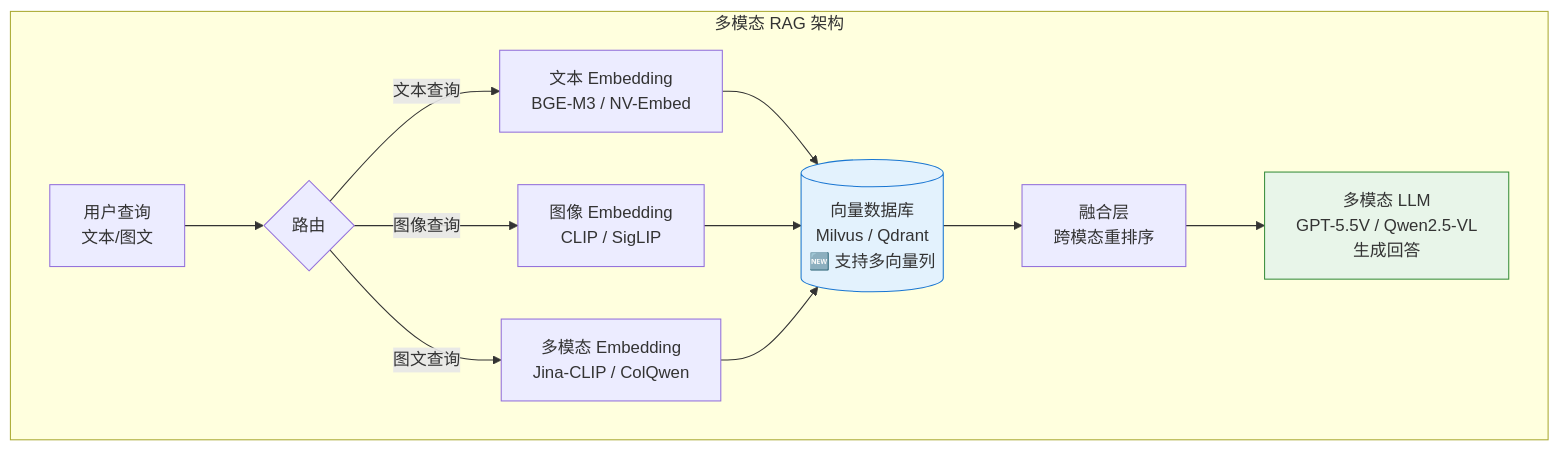
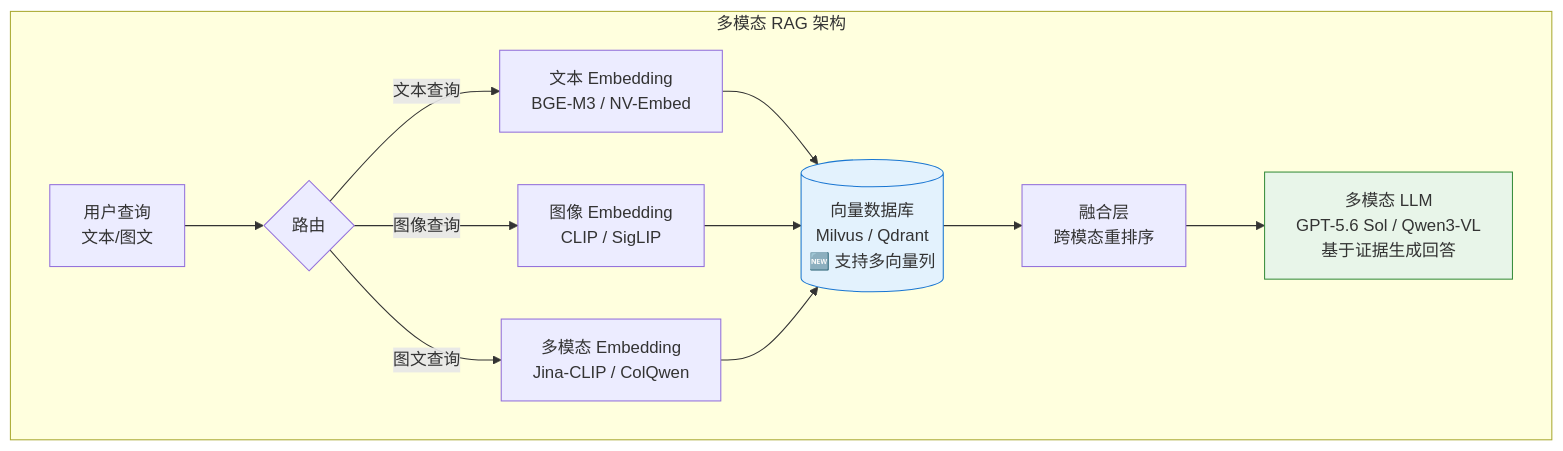
Before and after one commit to BeefWrap4/LLM-Knowledge-Base: diagram 12 of 16 in 14_RAG检索增强生成.md, drawn with Mermaid. The commit also changed other lines of this file and 454 other files, not shown here.

````diff
--- a/14_RAG检索增强生成.md
+++ b/14_RAG检索增强生成.md
@@ -1447,20 +1467,20 @@
 ```mermaid
 graph TB
     subgraph "多模态 RAG 架构"
         Q["用户查询<br/>文本/图文"] --> R{"路由"}
 
         R -->|"文本查询"| TE["文本 Embedding<br/>BGE-M3 / NV-Embed"]
         R -->|"图像查询"| IE["图像 Embedding<br/>CLIP / SigLIP"]
         R -->|"图文查询"| ME["多模态 Embedding<br/>Jina-CLIP / ColQwen"]
 
         TE --> VS[("向量数据库<br/>Milvus / Qdrant<br/>🆕 支持多向量列")]
         IE --> VS
         ME --> VS
 
         VS --> F["融合层<br/>跨模态重排序"]
-        F --> G["多模态 LLM<br/>GPT-5.5V / Qwen2.5-VL<br/>生成回答"]
+        F --> G["多模态 LLM<br/>GPT-5.6 Sol / Qwen3-VL<br/>基于证据生成回答"]
     end
 
     style VS fill:#e3f2fd,stroke:#1976d2
     style G fill:#e8f5e9,stroke:#388e3c
 ```
````
